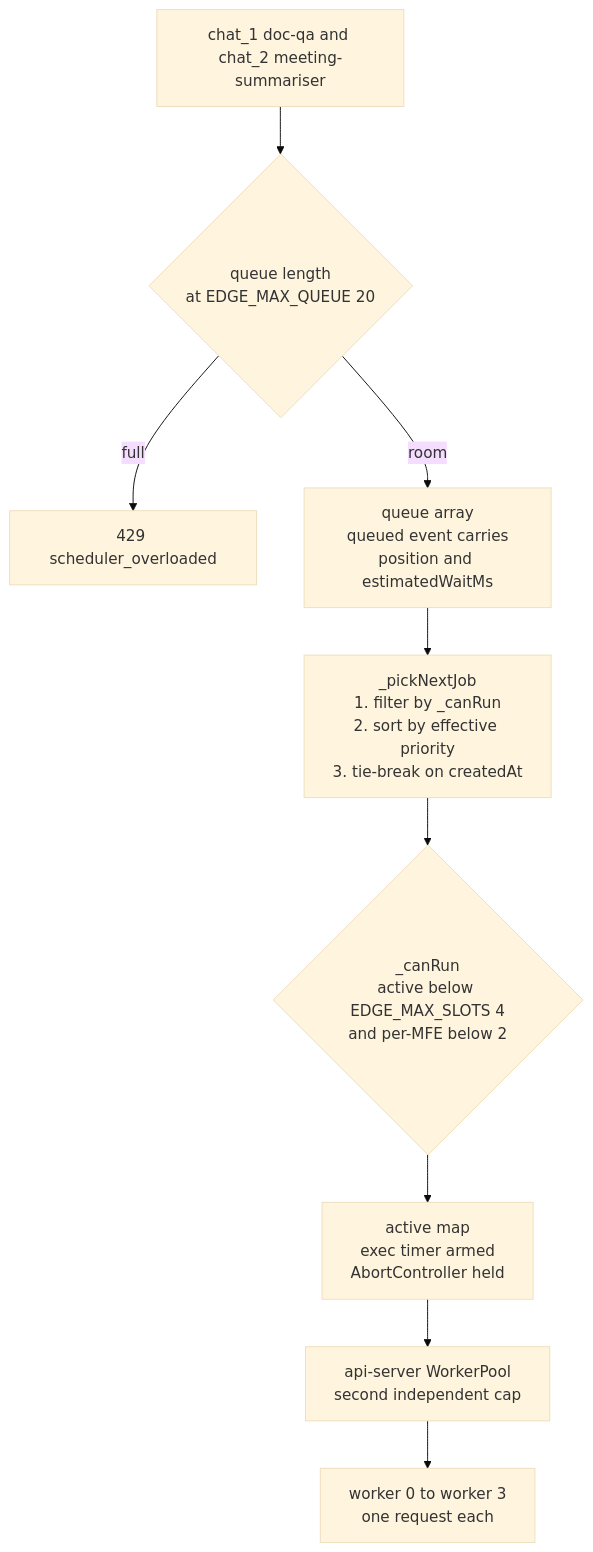
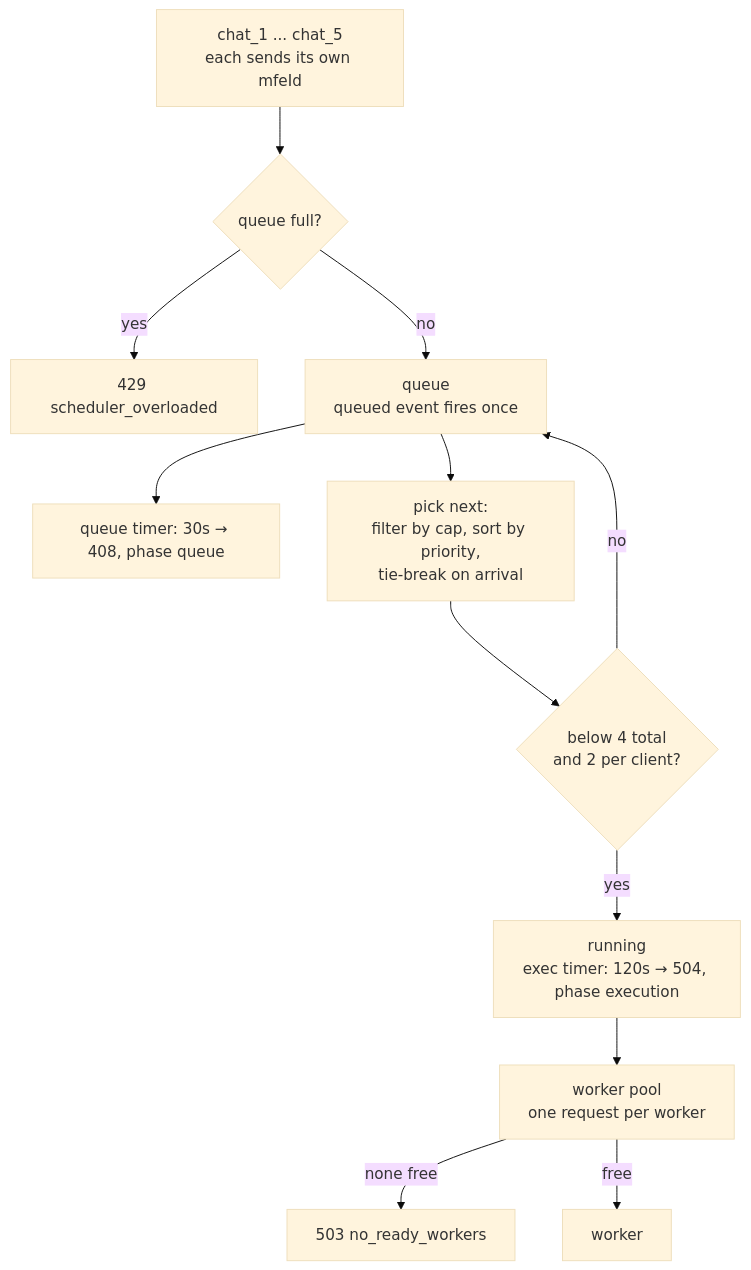
The sixth of 9 diagrams in README.md (prawesh-12/serveInfer), drawn with Mermaid (base theme) before and after one commit. The commit also changed other lines of this file and 11 other files, not shown here.

Commit message:
docs: add architecture and sequence diagrams to the README

````diff
--- a/README.md
+++ b/README.md
@@ -346,11 +374,14 @@
 ```mermaid
 flowchart TB
-    C1[chat_1 doc-qa and chat_2 meeting-summariser] --> ADM
-    ADM{queue length<br/>at EDGE_MAX_QUEUE 20} -->|full| R429[429 scheduler_overloaded]
-    ADM -->|room| Q[queue array<br/>queued event carries<br/>position and estimatedWaitMs]
-    Q --> PICK[_pickNextJob<br/>1. filter by _canRun<br/>2. sort by effective priority<br/>3. tie-break on createdAt]
-    PICK --> GATE{_canRun<br/>active below EDGE_MAX_SLOTS 4<br/>and per-MFE below 2}
-    GATE --> ACT[active map<br/>exec timer armed<br/>AbortController held]
-    ACT --> POOL[api-server WorkerPool<br/>second independent cap]
-    POOL --> W0[worker 0 to worker 3<br/>one request each]
+    C["chat_1 ... chat_5<br/>each sends its own mfeId"] --> ADM
+    ADM{"queue full?"} -->|yes| R429["429 scheduler_overloaded"]
+    ADM -->|no| Q["queue<br/>queued event fires once"]
+    Q --> QT["queue timer: 30s → 408, phase queue"]
+    Q --> PICK["pick next:<br/>filter by cap, sort by priority,<br/>tie-break on arrival"]
+    PICK --> GATE{"below 4 total<br/>and 2 per client?"}
+    GATE -- no --> Q
+    GATE -- yes --> ACT["running<br/>exec timer: 120s → 504, phase execution"]
+    ACT --> POOL["worker pool<br/>one request per worker"]
+    POOL -->|none free| R503["503 no_ready_workers"]
+    POOL -->|free| W["worker"]
 ```
````
